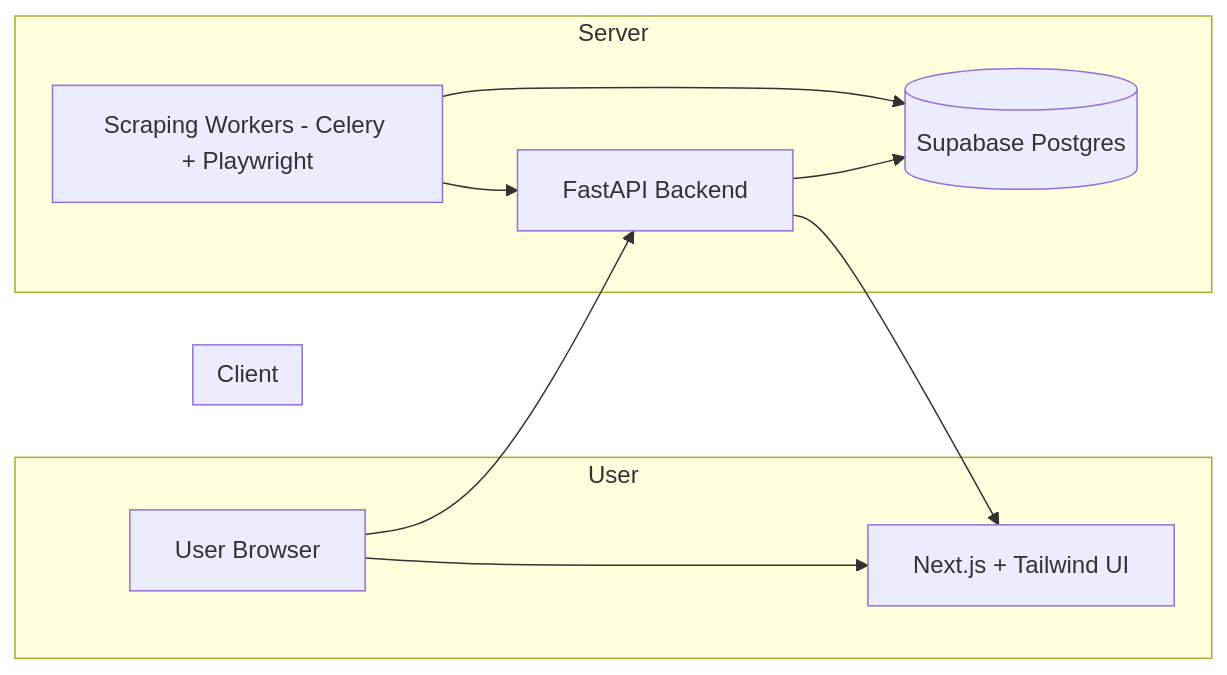
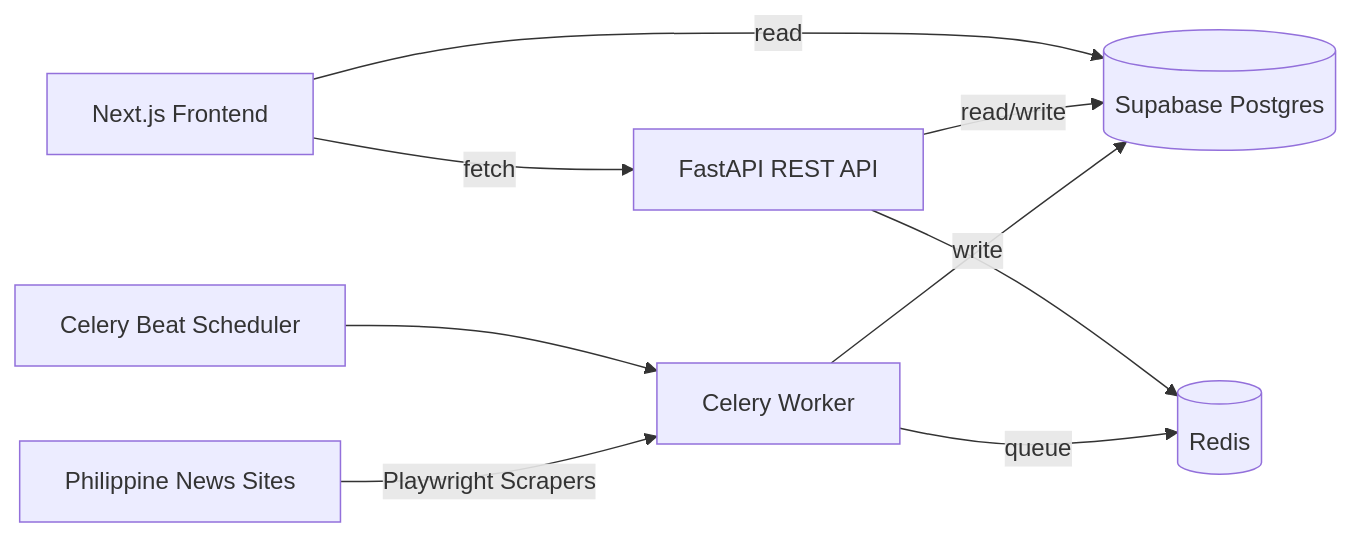
One commit to KenKenLim07/the-eye changed the diagram in README.md. Above: the diagram before and after it, drawn with Mermaid. The commit also changed other lines of this file and 90 other files, not shown here.

````diff
--- a/README.md
+++ b/README.md
@@ -35,19 +27,13 @@
 ```mermaid
 flowchart LR
-    subgraph User
-        Browser[User Browser] --> Frontend
-    end
+  Sources[Philippine News Sites] -->|Playwright Scrapers| Worker[Celery Worker]
+  Beat[Celery Beat Scheduler] --> Worker
+  Worker -->|write| DB[(Supabase Postgres)]
 
-    subgraph Client
-        Frontend[Next.js + Tailwind UI]
-    end
+  API[FastAPI REST API] -->|read/write| DB
+  Worker -->|queue| Redis[(Redis)]
+  API --> Redis
 
-    subgraph Server
-        API[FastAPI Backend] --> DB[(Supabase Postgres)]
-        Worker[Scraping Workers - Celery + Playwright] --> API
-    end
-
-    Browser --> API
-    API --> Frontend
-    Worker --> DB
+  UI[Next.js Frontend] -->|fetch| API
+  UI -->|read| DB
 ```
````
